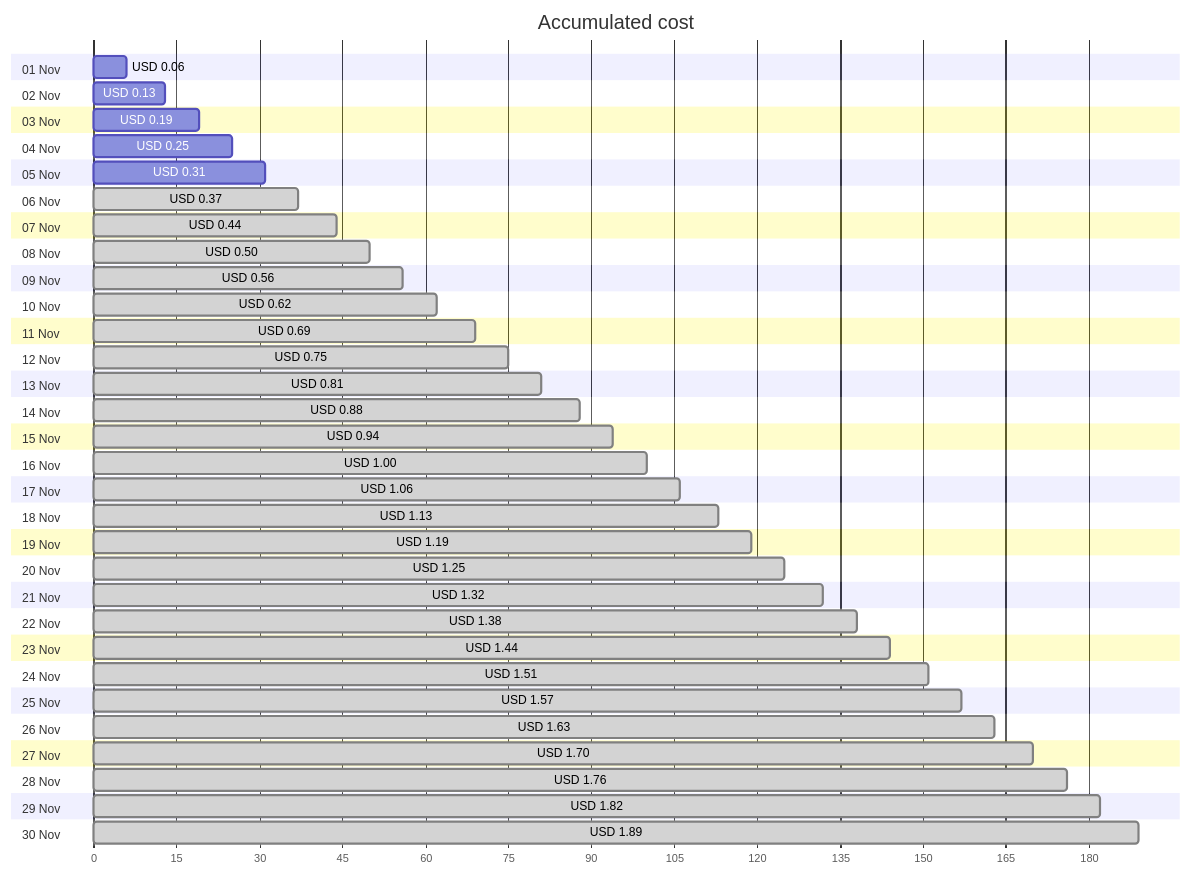
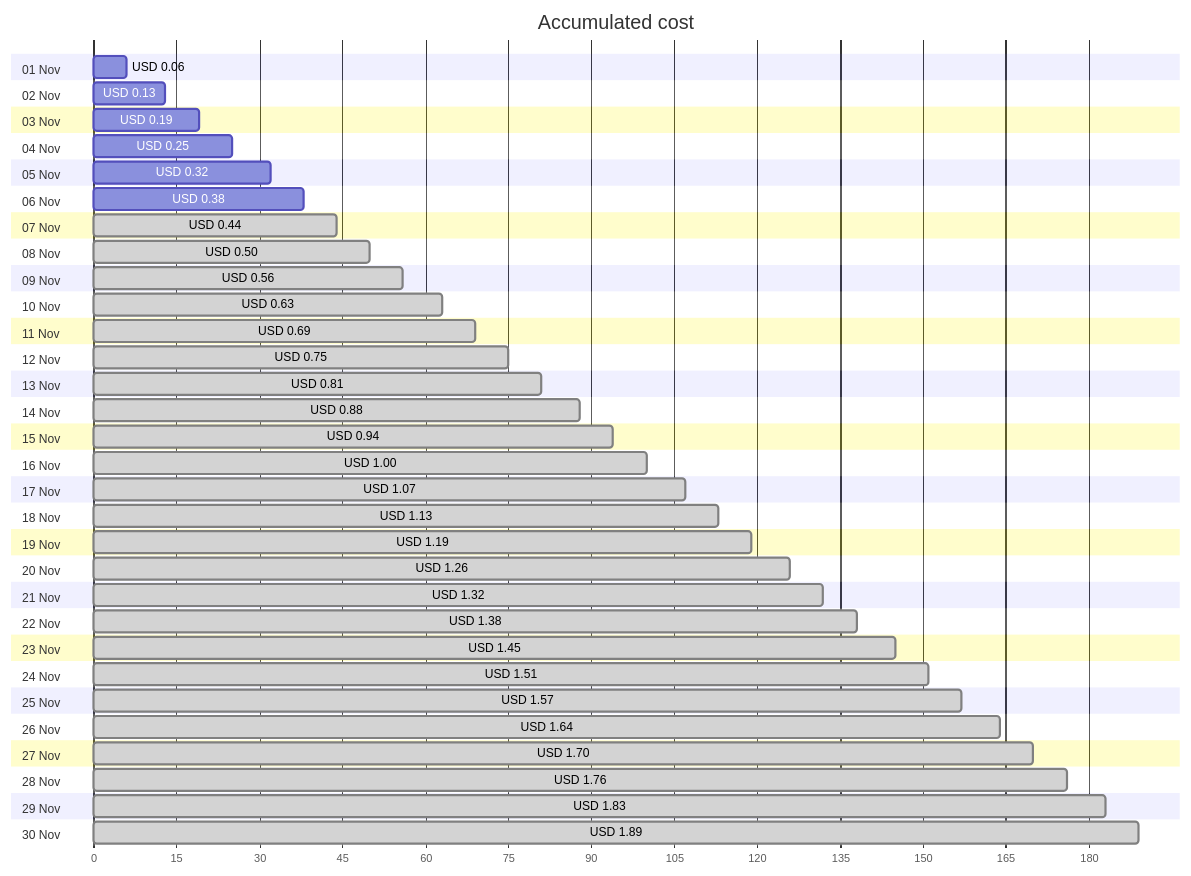
Before and after one commit to jpfulton/azure-personal-reports: the first of 4 diagrams in cost-reports/personal-network/vpn-server_OsDisk.md, drawn with Mermaid. The commit also changed other lines of this file and 8 other files, not shown here.

````diff
--- a/cost-reports/personal-network/vpn-server_OsDisk.md
+++ b/cost-reports/personal-network/vpn-server_OsDisk.md
@@ -20,66 +20,66 @@
 ```mermaid
 gantt
    title Accumulated cost
    dateFormat  X
    axisFormat %s
    section 01 Nov
    USD 0.06 :0, 6
    section 02 Nov
    USD 0.13 :0, 13
    section 03 Nov
    USD 0.19 :0, 19
    section 04 Nov
    USD 0.25 :0, 25
    section 05 Nov
-   USD 0.31 :0, 31
+   USD 0.32 :0, 32
    section 06 Nov
-   USD 0.37 : done, 0, 37
+   USD 0.38 :0, 38
    section 07 Nov
    USD 0.44 : done, 0, 44
    section 08 Nov
    USD 0.50 : done, 0, 50
    section 09 Nov
    USD 0.56 : done, 0, 56
    section 10 Nov
-   USD 0.62 : done, 0, 62
+   USD 0.63 : done, 0, 63
    section 11 Nov
    USD 0.69 : done, 0, 69
    section 12 Nov
    USD 0.75 : done, 0, 75
    section 13 Nov
    USD 0.81 : done, 0, 81
    section 14 Nov
    USD 0.88 : done, 0, 88
    section 15 Nov
    USD 0.94 : done, 0, 94
    section 16 Nov
    USD 1.00 : done, 0, 100
    section 17 Nov
-   USD 1.06 : done, 0, 106
+   USD 1.07 : done, 0, 107
    section 18 Nov
    USD 1.13 : done, 0, 113
    section 19 Nov
    USD 1.19 : done, 0, 119
    section 20 Nov
-   USD 1.25 : done, 0, 125
+   USD 1.26 : done, 0, 126
    section 21 Nov
    USD 1.32 : done, 0, 132
    section 22 Nov
    USD 1.38 : done, 0, 138
    section 23 Nov
-   USD 1.44 : done, 0, 144
+   USD 1.45 : done, 0, 145
    section 24 Nov
    USD 1.51 : done, 0, 151
    section 25 Nov
    USD 1.57 : done, 0, 157
    section 26 Nov
-   USD 1.63 : done, 0, 163
+   USD 1.64 : done, 0, 164
    section 27 Nov
    USD 1.70 : done, 0, 170
    section 28 Nov
    USD 1.76 : done, 0, 176
    section 29 Nov
-   USD 1.82 : done, 0, 182
+   USD 1.83 : done, 0, 183
    section 30 Nov
    USD 1.89 : done, 0, 189
 ```
````
